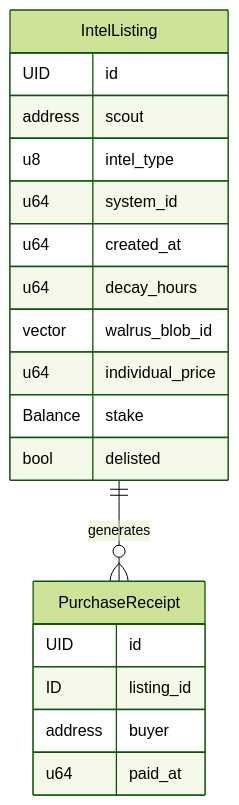
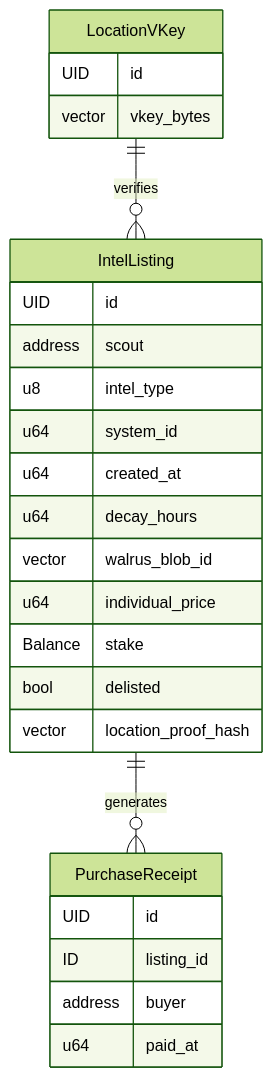
One commit to bozbuilds/The_RiftBroker changed the diagram in docs/plans/2026-02-12-feat-dark-net-encrypted-intel-marketplace-plan.md. Above: the diagram before and after it, drawn with Mermaid (forest theme). The commit also changed other lines of this file and 36 other files, not shown here.

````diff
--- a/docs/plans/2026-02-12-feat-dark-net-encrypted-intel-marketplace-plan.md
+++ b/docs/plans/2026-02-12-feat-dark-net-encrypted-intel-marketplace-plan.md
@@ -76,24 +80,31 @@
 ```mermaid
 erDiagram
+    LocationVKey {
+        UID id
+        vector vkey_bytes
+    }
+
     IntelListing {
         UID id
         address scout
         u8 intel_type
         u64 system_id
         u64 created_at
         u64 decay_hours
         vector walrus_blob_id
         u64 individual_price
         Balance stake
         bool delisted
+        vector location_proof_hash
     }
 
     PurchaseReceipt {
         UID id
         ID listing_id
         address buyer
         u64 paid_at
     }
 
+    LocationVKey ||--o{ IntelListing : "verifies"
     IntelListing ||--o{ PurchaseReceipt : "generates"
 ```
````
